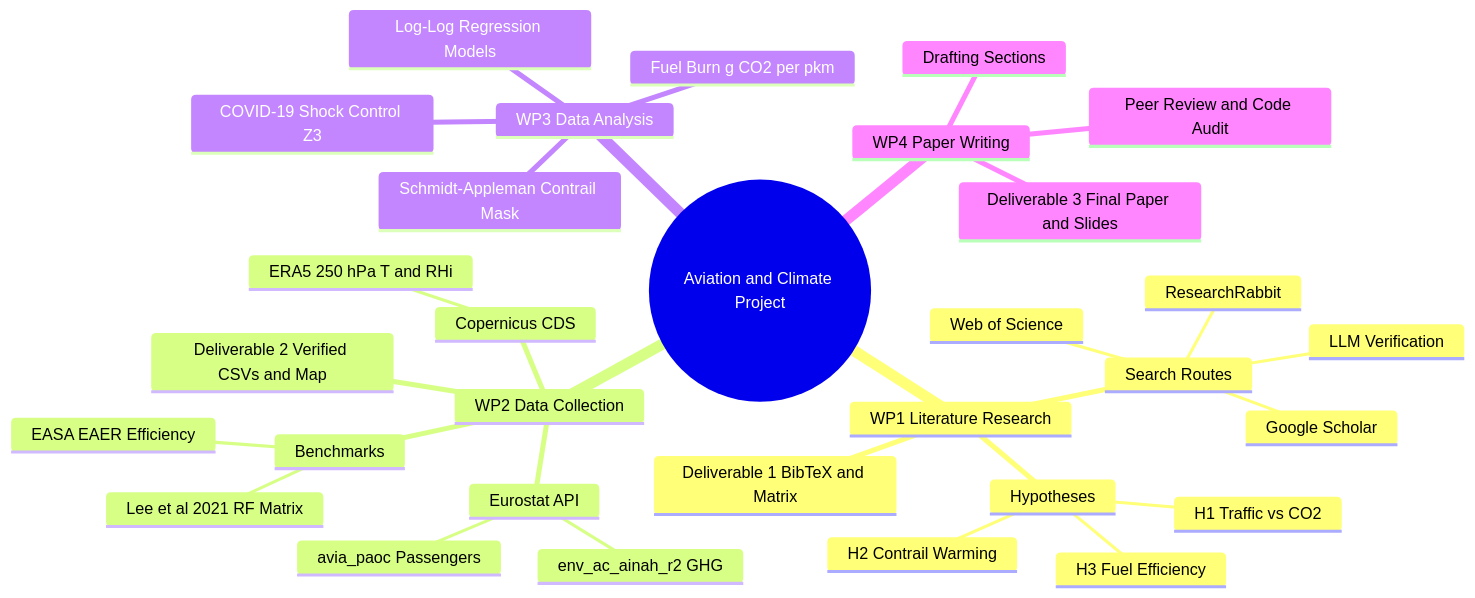
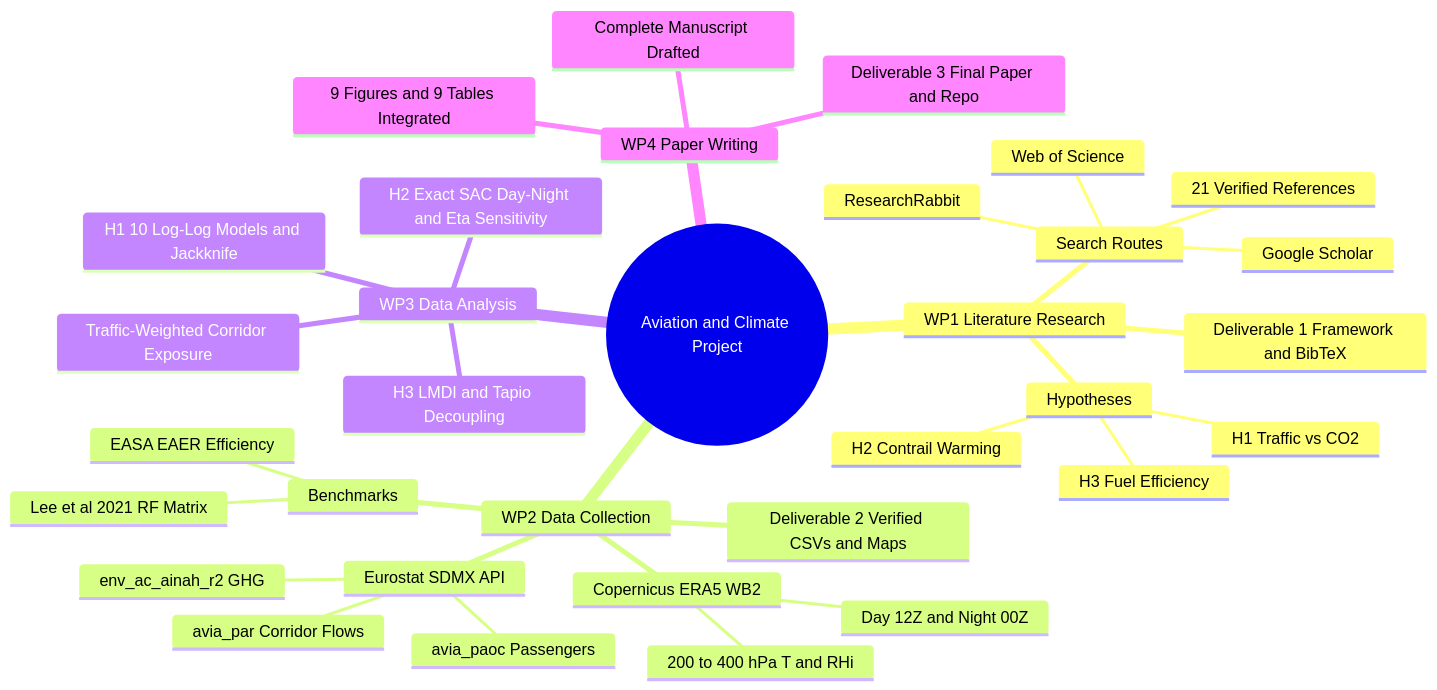
One commit to SanRoy-9/Aviation_and_Climate_Change changed the first of 3 diagrams in README.md. Above: the diagram before and after it, drawn with Mermaid. The commit also changed other lines of this file, not shown here.

````diff
--- a/README.md
+++ b/README.md
@@ -78,34 +96,36 @@
 ```mermaid
 mindmap
   root((Aviation and Climate Project))
     WP1 Literature Research
       Search Routes
         Web of Science
         Google Scholar
         ResearchRabbit
-        LLM Verification
+        21 Verified References
       Hypotheses
         H1 Traffic vs CO2
         H2 Contrail Warming
         H3 Fuel Efficiency
-      Deliverable 1 BibTeX and Matrix
+      Deliverable 1 Framework and BibTeX
     WP2 Data Collection
-      Eurostat API
+      Eurostat SDMX API
         env_ac_ainah_r2 GHG
         avia_paoc Passengers
-      Copernicus CDS
-        ERA5 250 hPa T and RHi
+        avia_par Corridor Flows
+      Copernicus ERA5 WB2
+        200 to 400 hPa T and RHi
+        Day 12Z and Night 00Z
       Benchmarks
         Lee et al 2021 RF Matrix
         EASA EAER Efficiency
-      Deliverable 2 Verified CSVs and Map
+      Deliverable 2 Verified CSVs and Maps
     WP3 Data Analysis
-      Log-Log Regression Models
-      Schmidt-Appleman Contrail Mask
-      Fuel Burn g CO2 per pkm
-      COVID-19 Shock Control Z3
+      H1 10 Log-Log Models and Jackknife
+      H2 Exact SAC Day-Night and Eta Sensitivity
+      H3 LMDI and Tapio Decoupling
+      Traffic-Weighted Corridor Exposure
     WP4 Paper Writing
-      Drafting Sections
-      Peer Review and Code Audit
-      Deliverable 3 Final Paper and Slides
+      Complete Manuscript Drafted
+      9 Figures and 9 Tables Integrated
+      Deliverable 3 Final Paper and Repo
 ```
````
